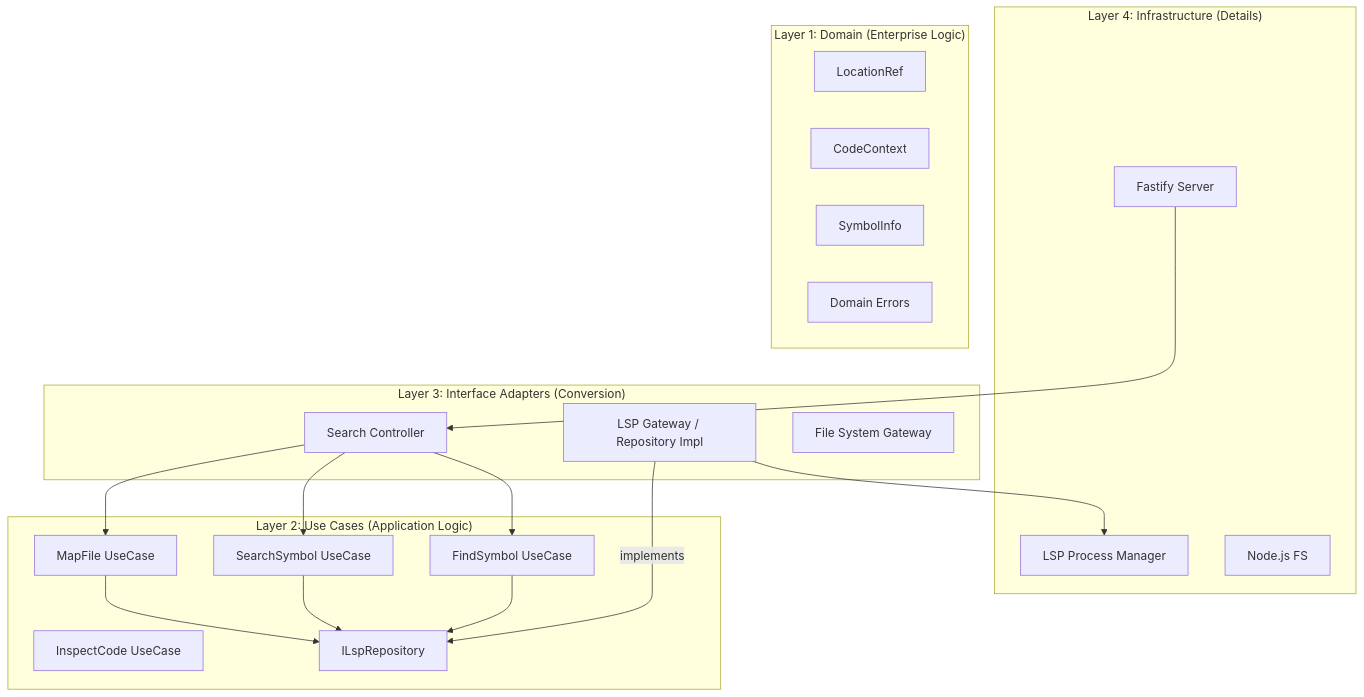
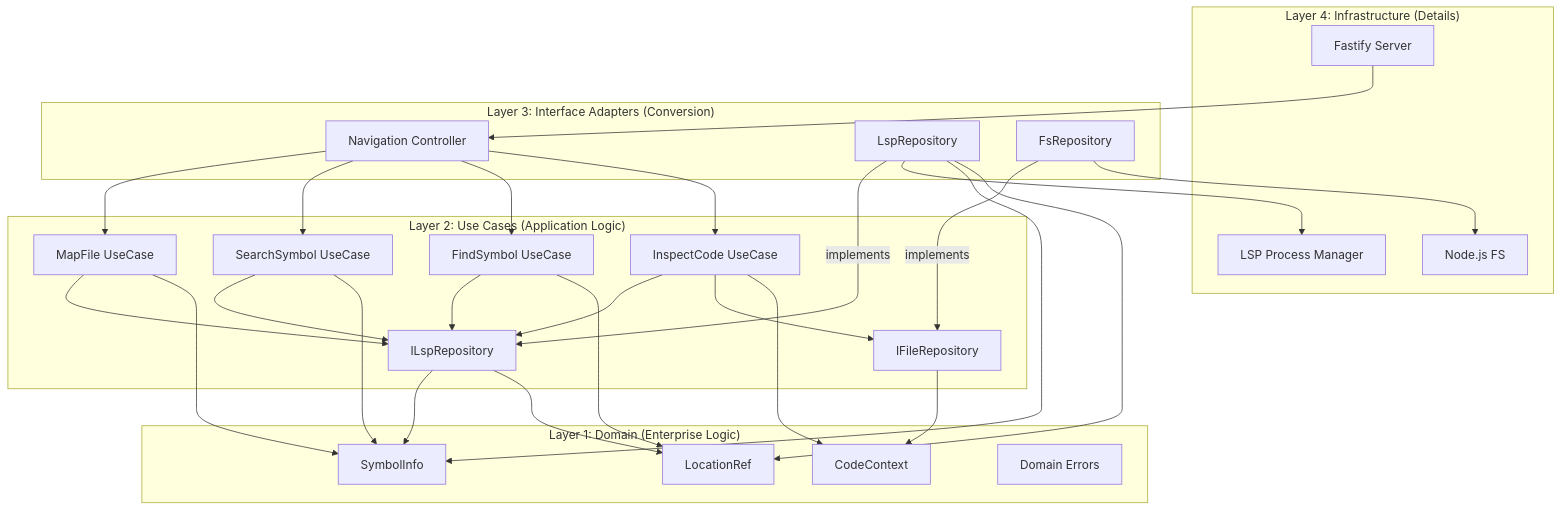
Before and after one commit to omurakazuaki/ts-search-cli: the diagram in docs/architecture.md, drawn with Mermaid. The commit also changed other lines of this file and 1 other file, not shown here.

Commit message:
update architecture graph

````diff
--- a/docs/architecture.md
+++ b/docs/architecture.md
@@ -17,43 +17,62 @@
 ```mermaid
 graph TD
     subgraph "Layer 4: Infrastructure (Details)"
         HttpServer[Fastify Server]
         LspProcess[LSP Process Manager]
         FsImpl[Node.js FS]
     end
 
     subgraph "Layer 3: Interface Adapters (Conversion)"
-        SearchController[Search Controller]
-        LspGateway[LSP Gateway / Repository Impl]
-        FsGateway[File System Gateway]
+        NavigationController[Navigation Controller]
+        LspRepository[LspRepository]
+        FsRepository[FsRepository]
     end
 
     subgraph "Layer 2: Use Cases (Application Logic)"
         MapFileUC[MapFile UseCase]
         SearchSymbolUC[SearchSymbol UseCase]
         FindSymbolUC[FindSymbol UseCase]
         InspectCodeUC[InspectCode UseCase]
         ILspPort[<Interface> ILspRepository]
+        IFilePort[<Interface> IFileRepository]
     end
 
     subgraph "Layer 1: Domain (Enterprise Logic)"
         LocationRef[LocationRef]
         CodeContext[CodeContext]
         SymbolInfo[SymbolInfo]
         DomainErrors[Domain Errors]
     end
 
     %% Dependencies (Must point inwards)
-    HttpServer --> SearchController
-    SearchController --> MapFileUC
-    SearchController --> SearchSymbolUC
-    SearchController --> FindSymbolUC
+    HttpServer --> NavigationController
+    NavigationController --> MapFileUC
+    NavigationController --> SearchSymbolUC
+    NavigationController --> FindSymbolUC
+    NavigationController --> InspectCodeUC
 
     MapFileUC --> ILspPort
     SearchSymbolUC --> ILspPort
     FindSymbolUC --> ILspPort
+    InspectCodeUC --> ILspPort
+    InspectCodeUC --> IFilePort
+
+    %% Domain Dependencies
+    MapFileUC --> SymbolInfo
+    SearchSymbolUC --> SymbolInfo
+    FindSymbolUC --> LocationRef
+    InspectCodeUC --> CodeContext
+
+    ILspPort --> SymbolInfo
+    ILspPort --> LocationRef
+    IFilePort --> CodeContext
 
     %% DIP: Gateway implements Port defined in UseCase layer
-    LspGateway -- implements --> ILspPort
-    LspGateway --> LspProcess
+    LspRepository -- implements --> ILspPort
+    LspRepository --> LspProcess
+    LspRepository --> SymbolInfo
+    LspRepository --> LocationRef
+
+    FsRepository -- implements --> IFilePort
+    FsRepository --> FsImpl
 ```
````
